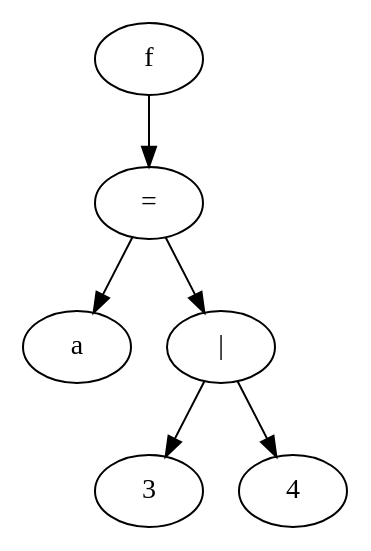
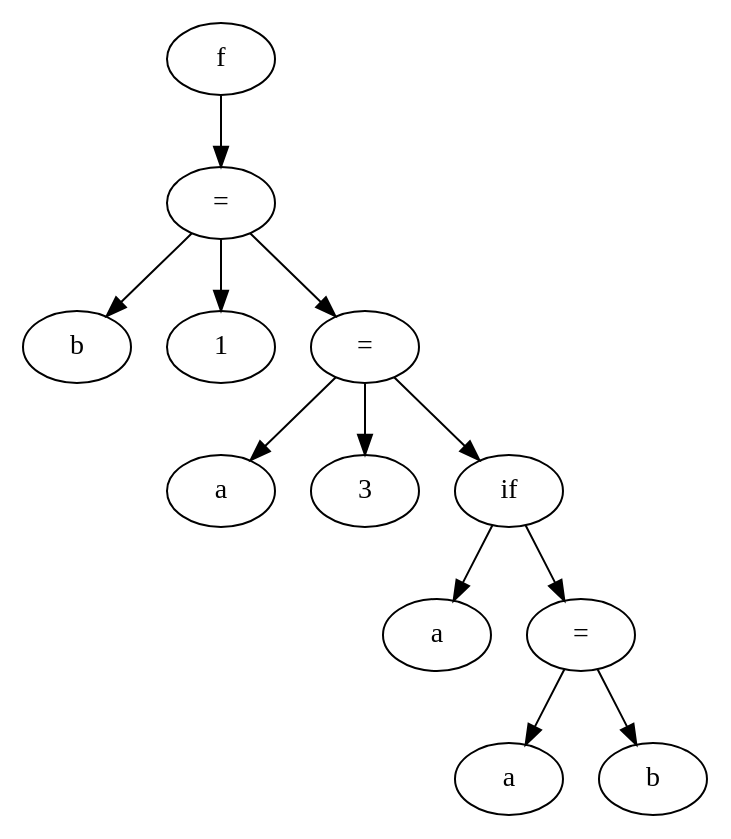
Before and after one commit to FelipeSchnitzler/trabalho_compiladores_INF01147: the diagram in etapa5/saida.dot, drawn with Graphviz. The commit also changed 9 other files, not shown here.

```diff
--- a/etapa5/saida.dot
+++ b/etapa5/saida.dot
@@ -1,13 +1,25 @@
 digraph grafo {
-  105553124573904 [ label="f" ];
-  105553124573904 -> 105553124574192;
-  105553124574192 [ label="=" ];
-  105553124574192 -> 105553124574240;
-  105553124574240 [ label="a" ];
-  105553124574192 -> 105553124574144;
-  105553124574144 [ label="|" ];
-  105553124574144 -> 105553124574048;
-  105553124574048 [ label="3" ];
-  105553124574144 -> 105553124574096;
-  105553124574096 [ label="4" ];
+  105553132012240 [ label="f" ];
+  105553132012240 -> 105553132012480;
+  105553132012480 [ label="=" ];
+  105553132012480 -> 105553132012528;
+  105553132012528 [ label="b" ];
+  105553132012480 -> 105553132012432;
+  105553132012432 [ label="1" ];
+  105553132012480 -> 105553132012624;
+  105553132012624 [ label="=" ];
+  105553132012624 -> 105553132012672;
+  105553132012672 [ label="a" ];
+  105553132012624 -> 105553132012576;
+  105553132012576 [ label="3" ];
+  105553132012624 -> 105553132012912;
+  105553132012912 [ label="if" ];
+  105553132012912 -> 105553132012720;
+  105553132012720 [ label="a" ];
+  105553132012912 -> 105553132012816;
+  105553132012816 [ label="=" ];
+  105553132012816 -> 105553132012864;
+  105553132012864 [ label="a" ];
+  105553132012816 -> 105553132012768;
+  105553132012768 [ label="b" ];
 }
```
